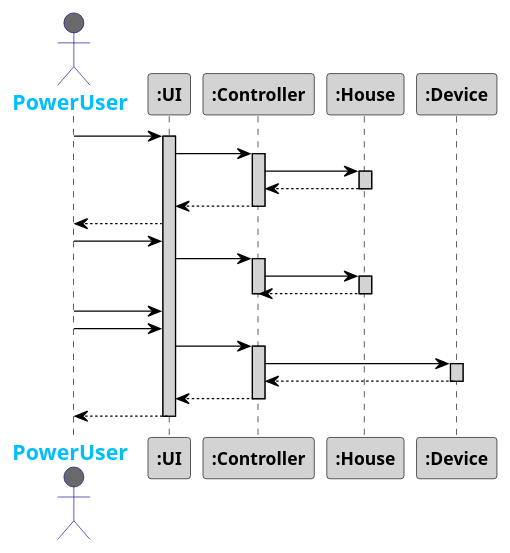
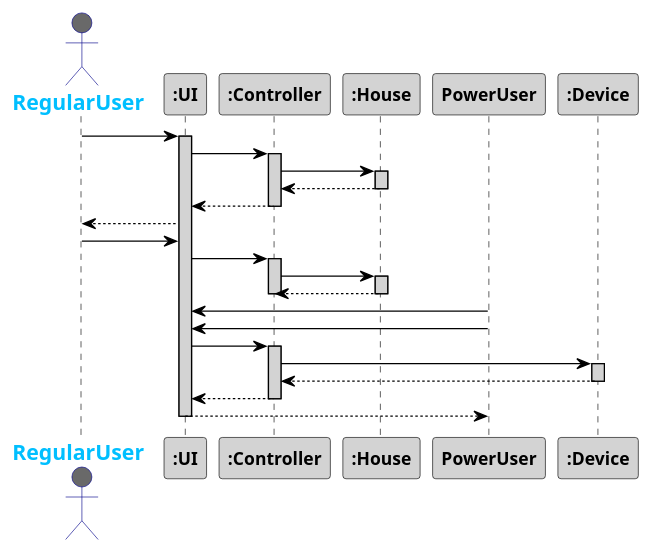
The diagram in src/Docs/Sprint3/SequenceDiagramModel.puml (1181687/hateoasToy), drawn with PlantUML before and after one commit. The commit also changed 2 other files, not shown here.

Commit message:
Changes to Sequence Diagrams

```diff
--- a/src/Docs/Sprint3/SequenceDiagramModel.puml
+++ b/src/Docs/Sprint3/SequenceDiagramModel.puml
@@ -1,55 +1,55 @@
 @startuml
 skinparam sequenceMessageAlign center
 skinparam sequence {
 	ArrowColor Black
 	ActorBorderColor DarkBlue
 	LifeLineBorderColor black
 	LifeLineBackgroundColor LightGrey
 
 	ParticipantBorderColor Black
 	ParticipantBackgroundColor LightGrey
 	ParticipantFontStyle Bold
 
 	ActorBackgroundColor DimGrey
 	ActorFontColor DeepSkyBlue
 	ActorFontStyle Bold
 	ActorFontSize 17
 	ActorFontName Aapex
 }
 
-actor PowerUser
-PowerUser -> ":UI":
+actor RegularUser
+RegularUser -> ":UI":
 activate ":UI"
 ":UI" -> ":Controller":
 activate ":Controller"
 ":Controller" -> ":House":
 activate ":House"
 ":Controller" <-- ":House":
 deactivate ":House"
 ":UI" <-- ":Controller":
 deactivate ":Controller"
-PowerUser <-- ":UI":
+RegularUser <-- ":UI":
 
-PowerUser -> ":UI":
+RegularUser -> ":UI":
 ":UI" -> ":Controller":
 activate ":Controller"
 ":Controller" -> ":House":
 activate ":House"
 ":Controller" <-- ":House":
 deactivate ":House"
 deactivate ":Controller"
 
 PowerUser -> ":UI":
 PowerUser -> ":UI":
 ":UI" -> ":Controller":
 activate ":Controller"
 ":Controller" -> ":Device":
 activate ":Device"
 ":Controller" <-- ":Device":
 deactivate ":Device"
 ":UI" <-- ":Controller":
 deactivate ":Controller"
 PowerUser <-- ":UI":
 deactivate ":UI"
 
 @enduml
```
